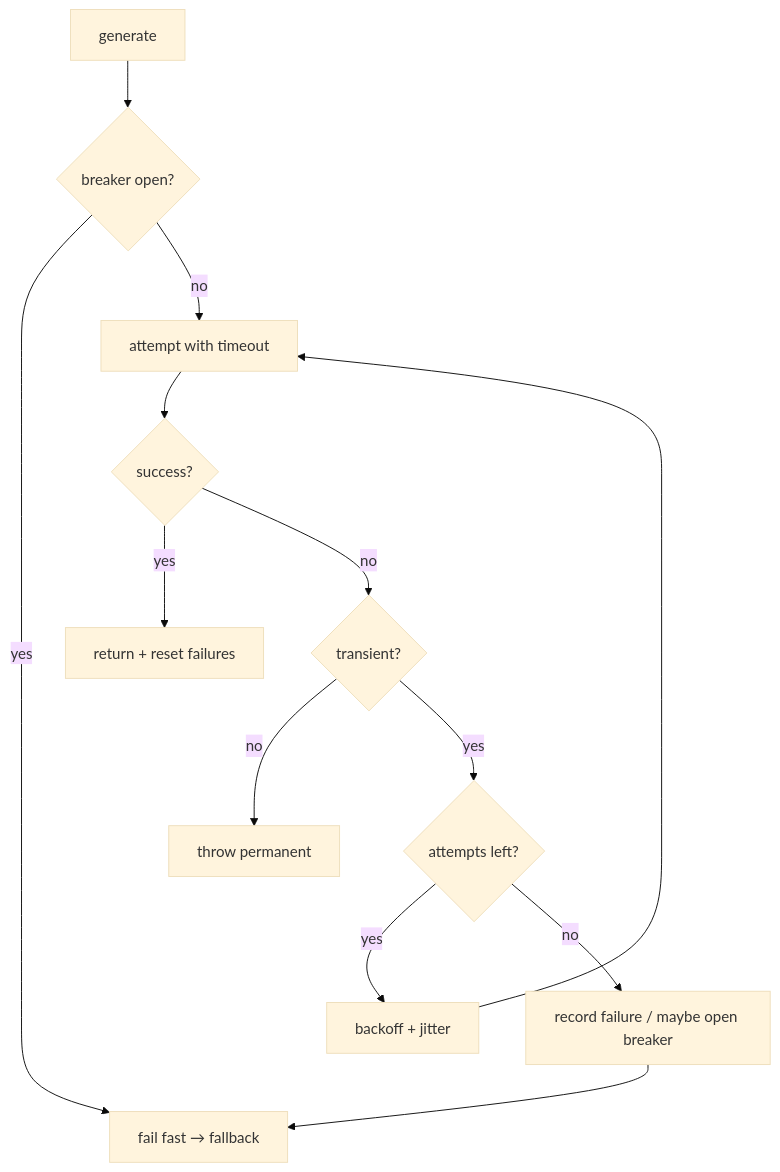
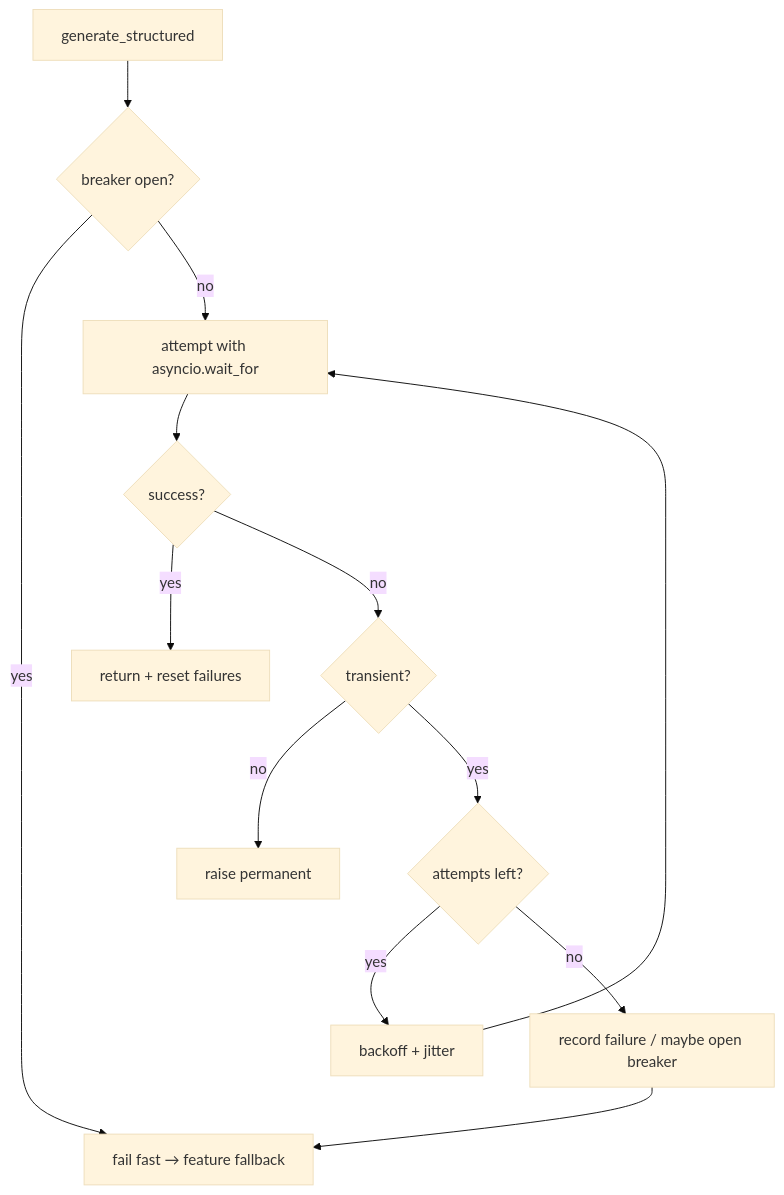
Before and after one commit to FixFlow-AI/FixFlow-AI-web: the second of 2 diagrams in docs/specifications/ai_features/stories/AIA-05-gemini-call-resilience.md, drawn with Mermaid (base theme). The commit also changed other lines of this file and 13 other files, not shown here.

````diff
--- a/docs/specifications/ai_features/stories/AIA-05-gemini-call-resilience.md
+++ b/docs/specifications/ai_features/stories/AIA-05-gemini-call-resilience.md
@@ -70,13 +72,13 @@
 ```mermaid
 flowchart TD
-    CALL[generate] --> CB{breaker open?}
-    CB -->|yes| FF[fail fast → fallback]
-    CB -->|no| TRY[attempt with timeout]
+    CALL[generate_structured] --> CB{breaker open?}
+    CB -->|yes| FF[fail fast → feature fallback]
+    CB -->|no| TRY[attempt with asyncio.wait_for]
     TRY --> OK{success?}
     OK -->|yes| RET[return + reset failures]
     OK -->|no| CLASS{transient?}
-    CLASS -->|no| PERM[throw permanent]
+    CLASS -->|no| PERM[raise permanent]
     CLASS -->|yes| BUDGET{attempts left?}
     BUDGET -->|yes| BACK[backoff + jitter] --> TRY
     BUDGET -->|no| OPEN[record failure / maybe open breaker] --> FF
 ```
````
